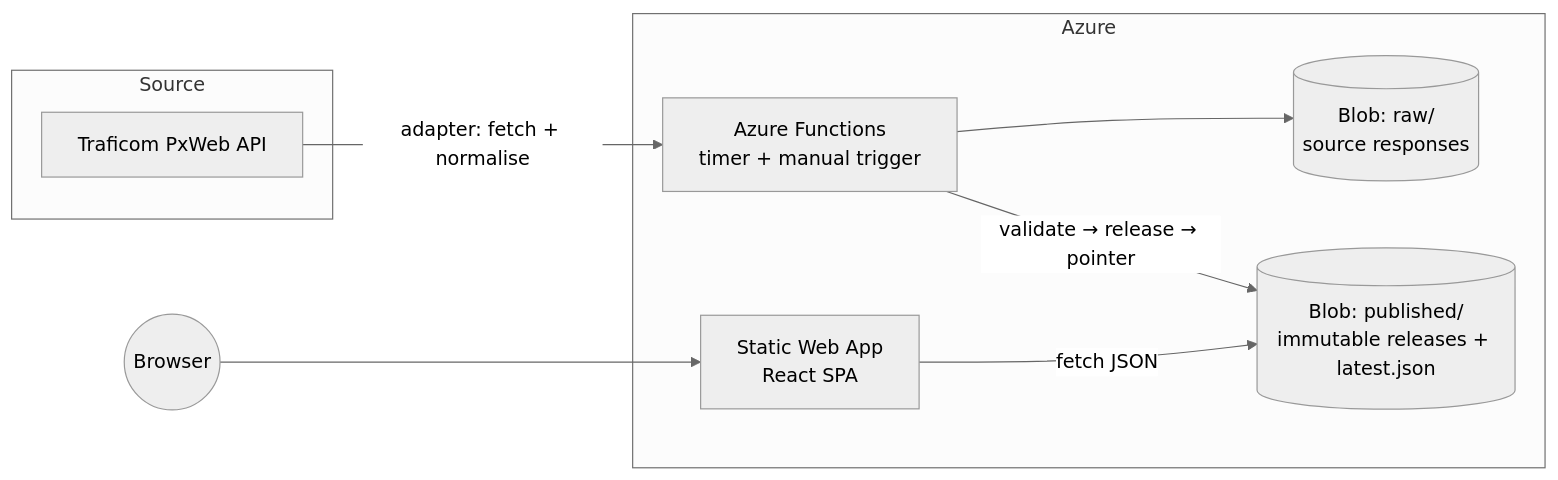
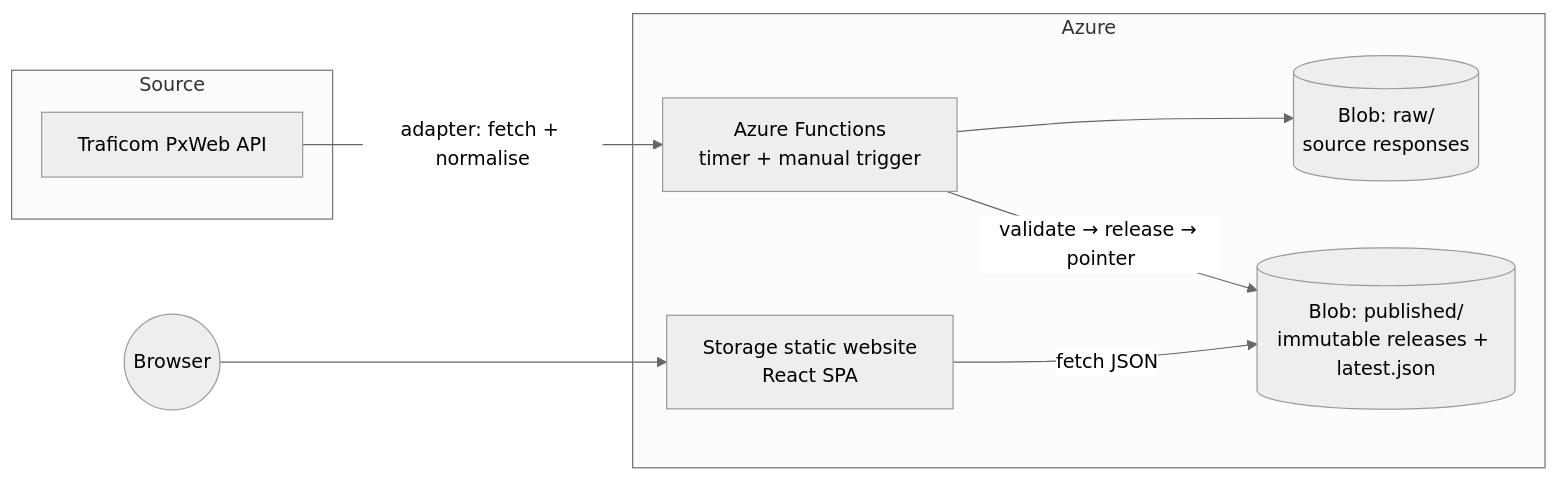
The diagram in README.md (KarhuAlex/Ensirekisteroinnit), drawn with Mermaid (neutral theme) before and after one commit. The commit also changed other lines of this file and 8 other files, not shown here.

First line of the commit message:
Host the frontend on a storage static website and fix deployment

````diff
--- a/README.md
+++ b/README.md
@@ -27,17 +27,17 @@
 ```mermaid
 flowchart LR
   subgraph Source
     PX[Traficom PxWeb API]
   end
   subgraph Azure
     FN["Azure Functions<br/>timer + manual trigger"]
     RAW[("Blob: raw/<br/>source responses")]
     PUB[("Blob: published/<br/>immutable releases + latest.json")]
-    SWA[Static Web App<br/>React SPA]
+    SITE[Storage static website<br/>React SPA]
   end
   PX -->|"adapter: fetch + normalise"| FN
   FN --> RAW
   FN -->|"validate → release → pointer"| PUB
-  SWA -->|"fetch JSON"| PUB
-  U((Browser)) --> SWA
+  SITE -->|"fetch JSON"| PUB
+  U((Browser)) --> SITE
 ```
````
